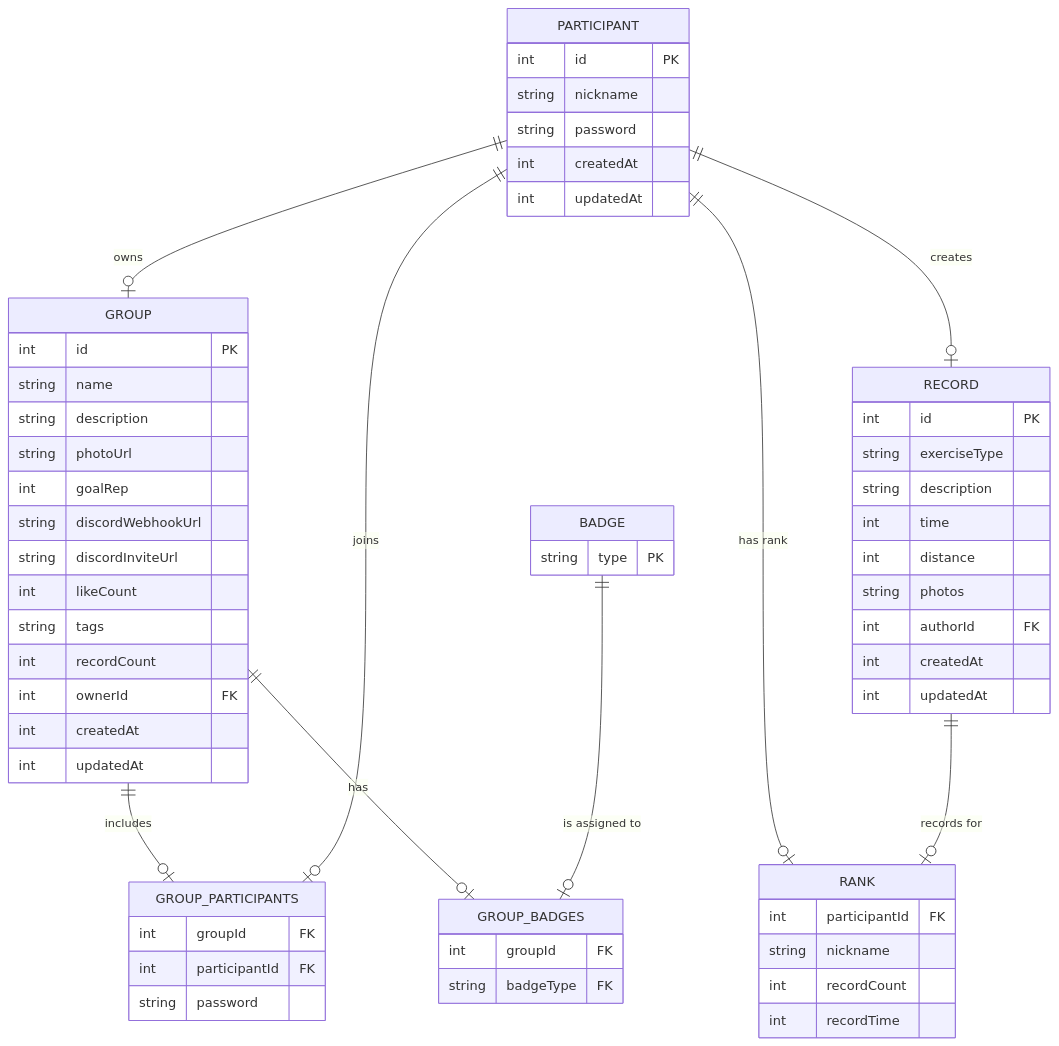
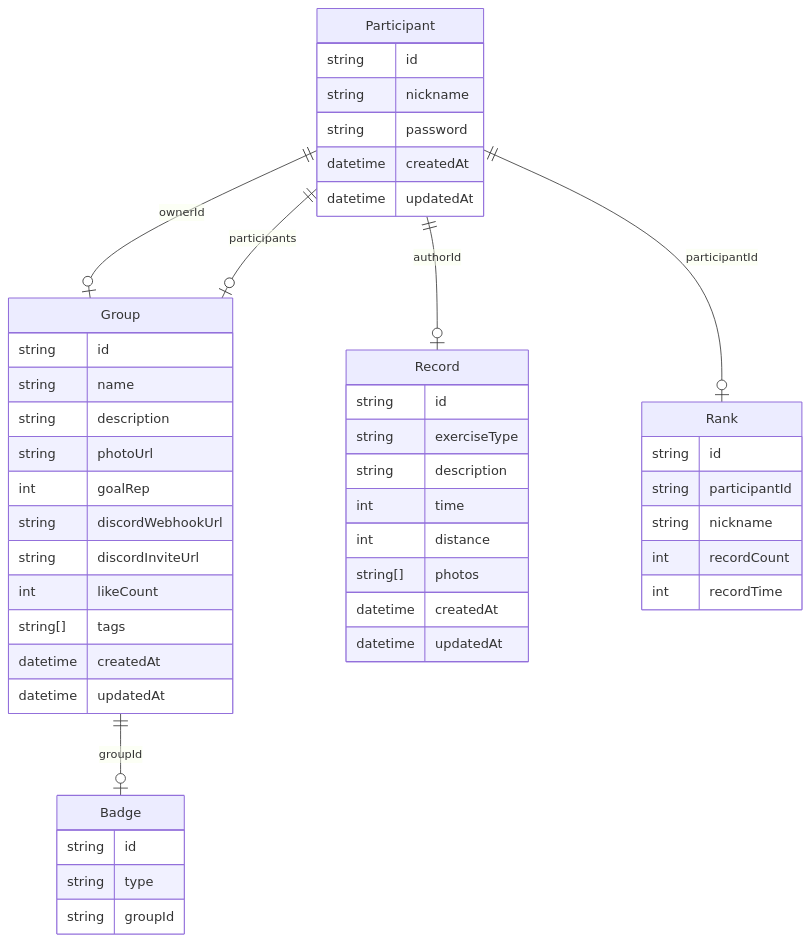
The diagram in README.md (funfungun/mermaid), drawn with Mermaid before and after one commit.

````diff
--- a/README.md
+++ b/README.md
@@ -1,69 +1,55 @@
 ```mermaid
 erDiagram
-    PARTICIPANT {
-        int id PK
+    Participant {
+        string id
         string nickname
         string password
-        int createdAt
-        int updatedAt
+        datetime createdAt
+        datetime updatedAt
     }
 
-    GROUP {
-        int id PK
+    Group {
+        string id
         string name
         string description
         string photoUrl
         int goalRep
         string discordWebhookUrl
         string discordInviteUrl
         int likeCount
-        string tags
-        int recordCount
-        int ownerId FK
-        int createdAt
-        int updatedAt
+        string[] tags
+        datetime createdAt
+        datetime updatedAt
     }
 
-    GROUP_PARTICIPANTS {
-        int groupId FK
-        int participantId FK
-        string password
-    }
-
-    BADGE {
-        string type PK
-    }
-
-    GROUP_BADGES {
-        int groupId FK
-        string badgeType FK
-    }
-
-    RECORD {
-        int id PK
+    Record {
+        string id
         string exerciseType
         string description
         int time
         int distance
-        string photos
-        int authorId FK
-        int createdAt
-        int updatedAt
+        string[] photos
+        datetime createdAt
+        datetime updatedAt
     }
 
-    RANK {
-        int participantId FK
+    Badge {
+        string id
+        string type
+        string groupId
+    }
+
+    Rank {
+        string id
+        string participantId
         string nickname
         int recordCount
         int recordTime
     }
 
-    PARTICIPANT ||--o| GROUP : "owns"
-    PARTICIPANT ||--o| RECORD : "creates"
-    GROUP ||--o| GROUP_PARTICIPANTS : "includes"
-    PARTICIPANT ||--o| GROUP_PARTICIPANTS : "joins"
-    GROUP ||--o| GROUP_BADGES : "has"
-    BADGE ||--o| GROUP_BADGES : "is assigned to"
-    PARTICIPANT ||--o| RANK : "has rank"
-    RECORD ||--o| RANK : "records for"
+    Participant ||--o| Group : "ownerId"
+    Participant ||--o| Group : "participants"
+    Participant ||--o| Record : "authorId"
+    Group ||--o| Badge : "groupId"
+    Participant ||--o| Rank : "participantId"
 ```
````
